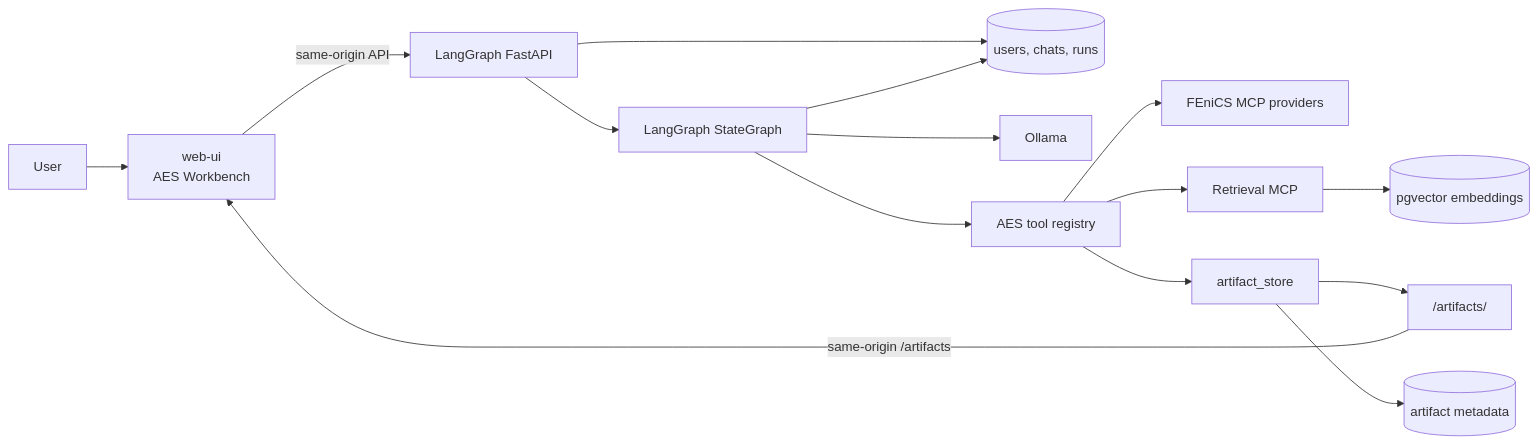
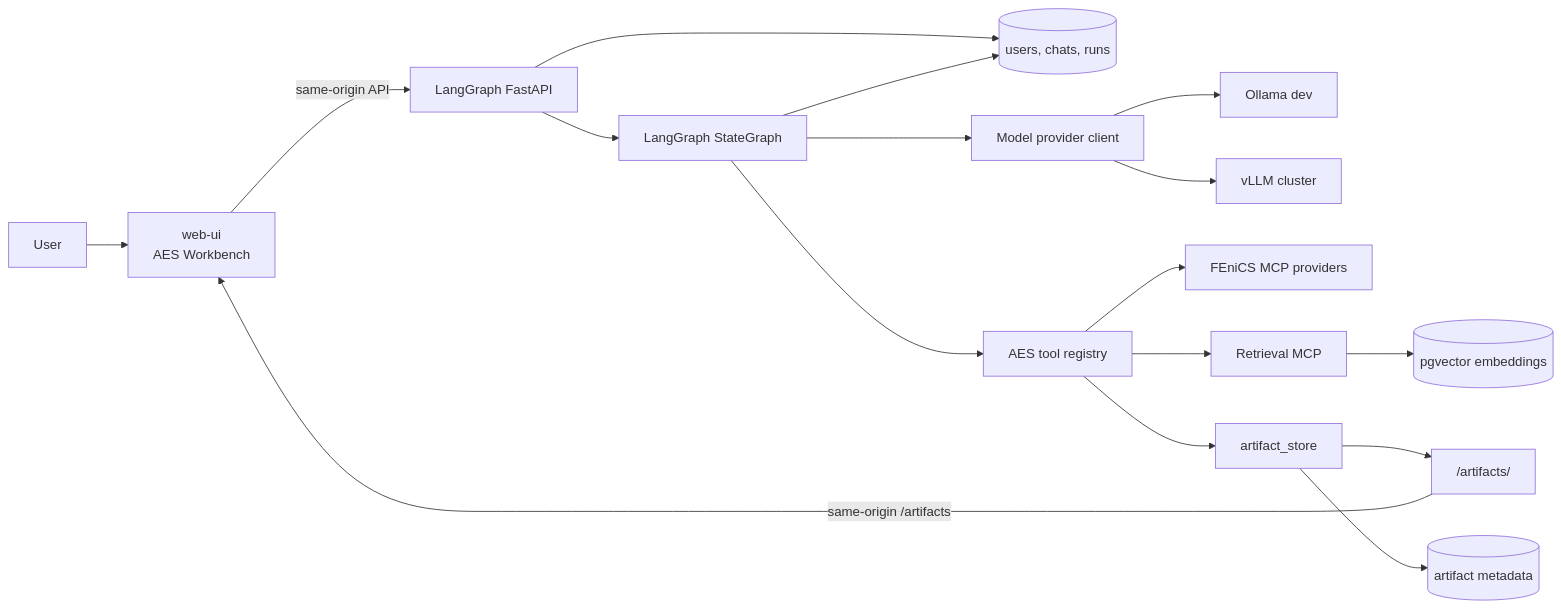
One commit to RadmirG/AES changed the third of 10 diagrams in docs/architecture.md. Above: the diagram before and after it, drawn with Mermaid. The commit also changed other lines of this file and 26 other files, not shown here.

Commit message:
A pw reset mechanism and vLLM service for Kubernetes Cluster

````diff
--- a/docs/architecture.md
+++ b/docs/architecture.md
@@ -70,17 +72,19 @@
 ```mermaid
 flowchart LR
     U["User"] --> W["web-ui<br/>AES Workbench"]
     W -->|"same-origin API"| API["LangGraph FastAPI"]
     API --> G["LangGraph StateGraph"]
     API --> DB[("users, chats, runs")]
     G --> DB
-    G --> O["Ollama"]
+    G --> O["Model provider client"]
+    O --> OD["Ollama dev"]
+    O --> VP["vLLM cluster"]
     G --> T["AES tool registry"]
     T --> MCP["FEniCS MCP providers"]
     T --> RET["Retrieval MCP"]
     RET --> VEC[("pgvector embeddings")]
     T --> AS["artifact_store"]
     AS --> FILES["/artifacts/<run_id>"]
     AS --> META[("artifact metadata")]
     FILES -->|"same-origin /artifacts"| W
 ```
````
